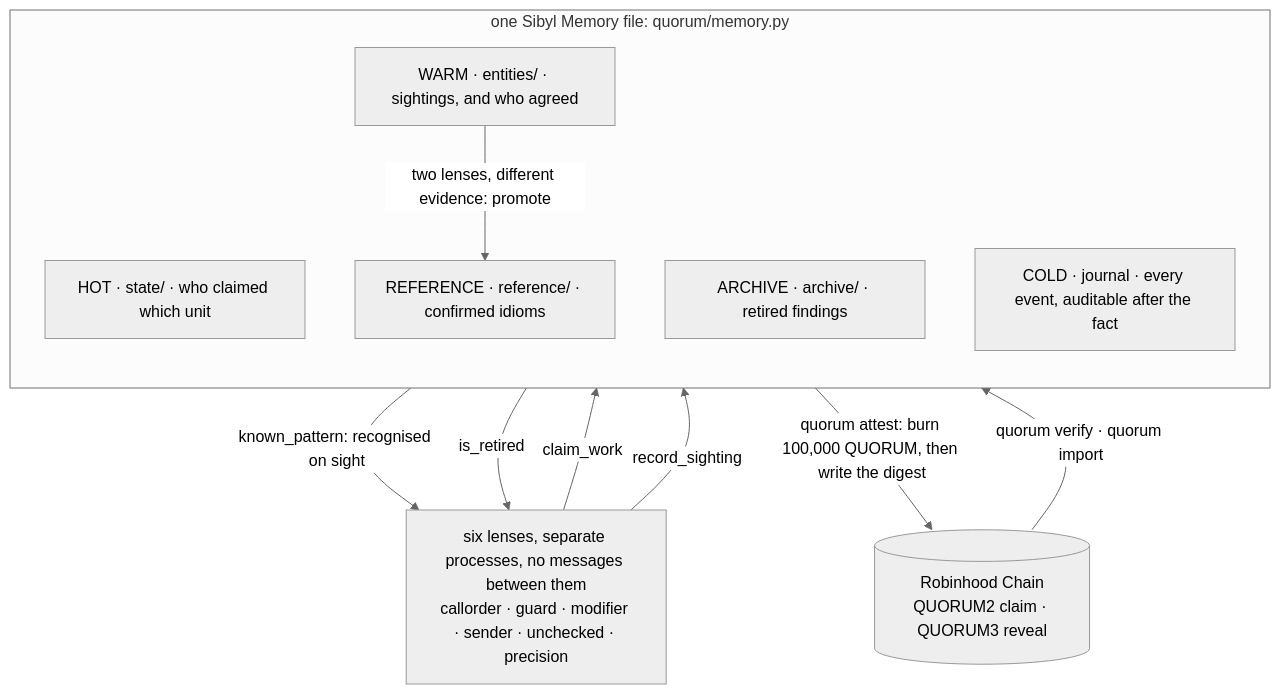
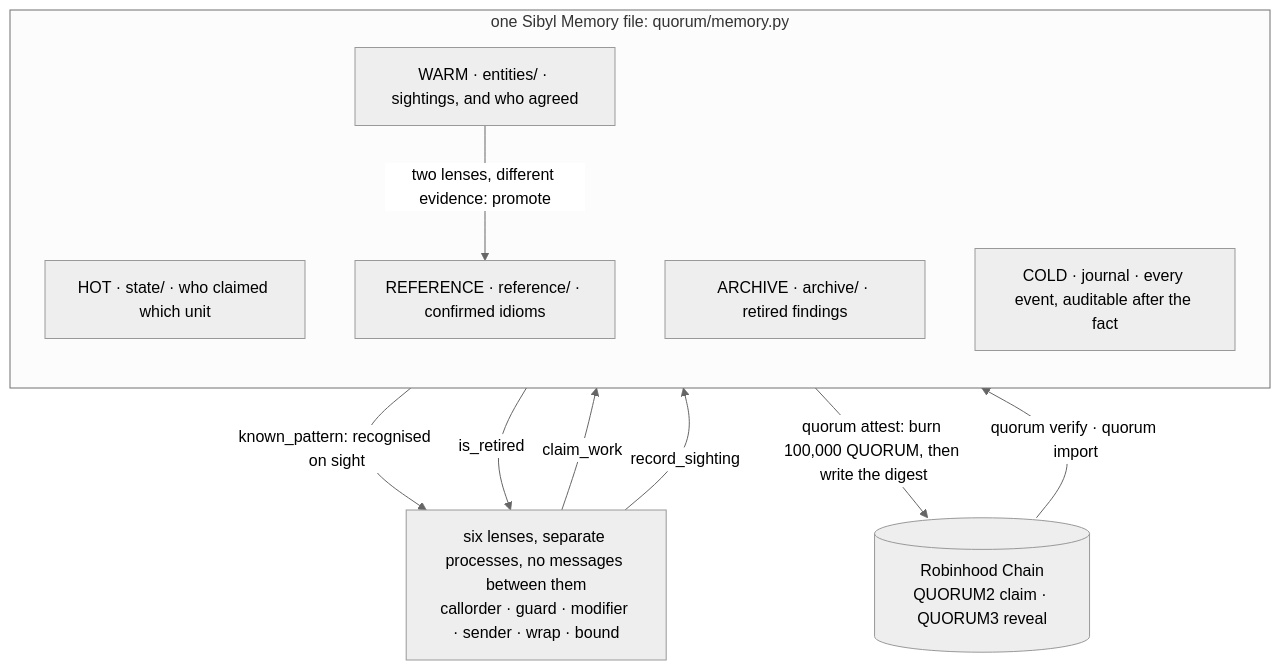
One commit to Yonkoo11/quorum changed the diagram in README.md. Above: the diagram before and after it, drawn with Mermaid (neutral theme). The commit also changed other lines of this file and 10 other files, not shown here.

First line of the commit message:
Arithmetic pair rebuilt as two readings of one bug: wrap-lens and bound-lens

````diff
--- a/README.md
+++ b/README.md
@@ -155,20 +155,20 @@
 ```mermaid
 flowchart TB
-  L["six lenses, separate processes, no messages between them<br/>callorder · guard · modifier · sender · unchecked · precision"]
+  L["six lenses, separate processes, no messages between them<br/>callorder · guard · modifier · sender · wrap · bound"]
   subgraph M["one Sibyl Memory file: quorum/memory.py"]
     direction TB
     HOT["HOT · state/ · who claimed which unit"]
     WARM["WARM · entities/ · sightings, and who agreed"]
     REF["REFERENCE · reference/ · confirmed idioms"]
     ARCH["ARCHIVE · archive/ · retired findings"]
     COLD["COLD · journal · every event, auditable after the fact"]
   end
   RH[("Robinhood Chain<br/>QUORUM2 claim · QUORUM3 reveal")]
   L -- "claim_work" --> HOT
   L -- "record_sighting" --> WARM
   WARM -- "two lenses, different evidence: promote" --> REF
   REF -- "known_pattern: recognised on sight" --> L
   ARCH -- "is_retired" --> L
   REF -- "quorum attest: burn 100,000 QUORUM, then write the digest" --> RH
   RH -- "quorum verify · quorum import" --> REF
 ```
````
